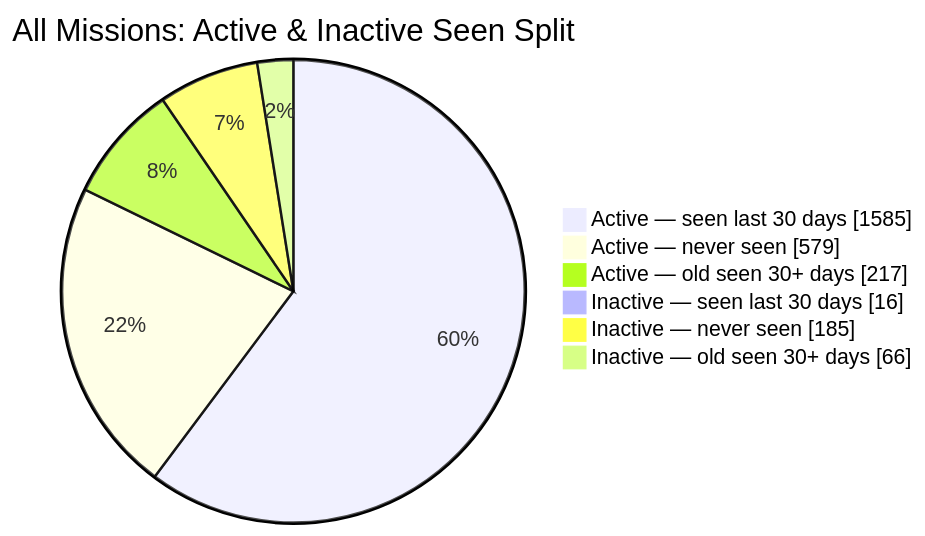
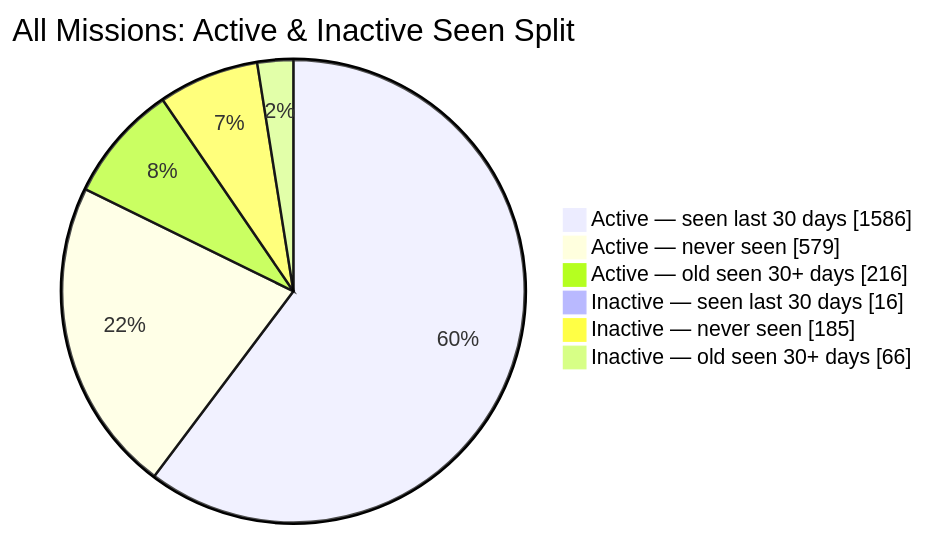
One commit to MeldkamerspelGameTeam/active-missions changed the second of 2 diagrams in README.md. Above: the diagram before and after it, drawn with Mermaid. The commit also changed other lines of this file and 3 other files, not shown here.

````diff
--- a/README.md
+++ b/README.md
@@ -44,10 +44,10 @@
 ```mermaid
 pie showData
     title All Missions: Active & Inactive Seen Split
-    "Active — seen last 30 days" : 1585
+    "Active — seen last 30 days" : 1586
     "Active — never seen" : 579
-    "Active — old seen 30+ days" : 217
+    "Active — old seen 30+ days" : 216
     "Inactive — seen last 30 days" : 16
     "Inactive — never seen" : 185
     "Inactive — old seen 30+ days" : 66
 ```
````
